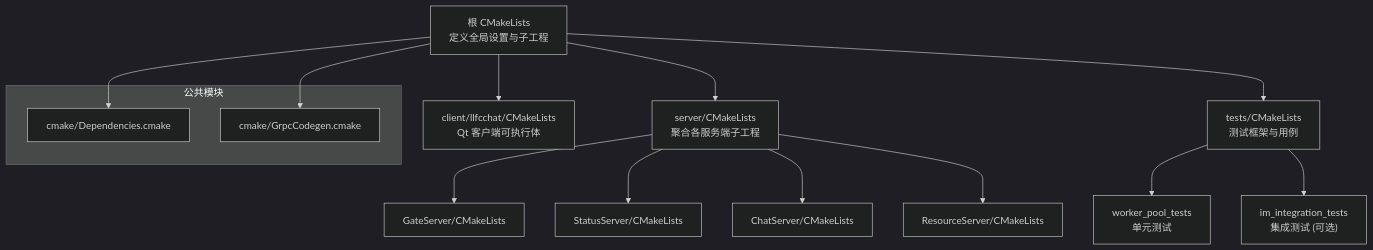
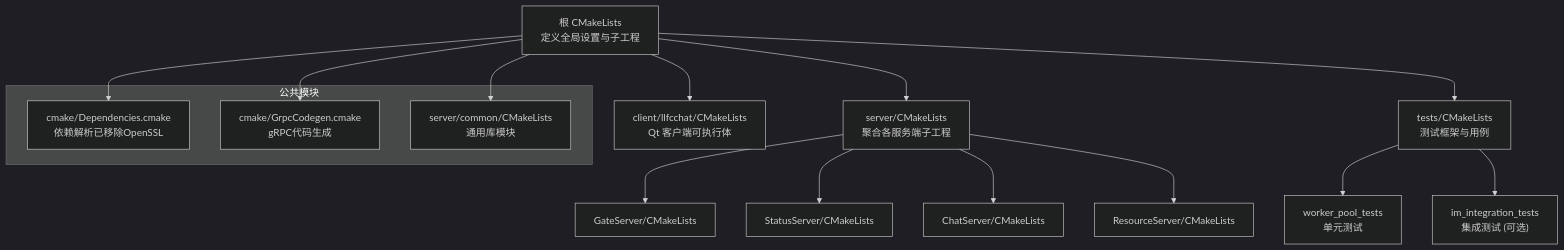
The first of 5 diagrams in .qoder/repowiki/zh/content/部署运维/服务部署/构建系统.md (echo9923/mychatter), drawn with Mermaid (dark theme) before and after one commit. The commit also changed other lines of this file and 58 other files, not shown here.

````diff
--- a/.qoder/repowiki/zh/content/部署运维/服务部署/构建系统.md
+++ b/.qoder/repowiki/zh/content/部署运维/服务部署/构建系统.md
@@ -54,18 +56,20 @@
 ```mermaid
 graph TB
 Root["根 CMakeLists<br/>定义全局设置与子工程"] --> ServerRoot["server/CMakeLists<br/>聚合各服务端子工程"]
 Root --> ClientRoot["client/llfcchat/CMakeLists<br/>Qt 客户端可执行体"]
 Root --> TestsRoot["tests/CMakeLists<br/>测试框架与用例"]
 ServerRoot --> Gate["GateServer/CMakeLists"]
 ServerRoot --> Status["StatusServer/CMakeLists"]
 ServerRoot --> Chat["ChatServer/CMakeLists"]
 ServerRoot --> Resource["ResourceServer/CMakeLists"]
 TestsRoot --> UnitTests["worker_pool_tests<br/>单元测试"]
 TestsRoot --> IntTests["im_integration_tests<br/>集成测试 (可选)"]
 subgraph "公共模块"
-Deps["cmake/Dependencies.cmake"]
-Grpc["cmake/GrpcCodegen.cmake"]
+Deps["cmake/Dependencies.cmake<br/>依赖解析已移除OpenSSL"]
+Grpc["cmake/GrpcCodegen.cmake<br/>gRPC代码生成"]
+Common["server/common/CMakeLists<br/>通用库模块"]
 end
 Root --> Deps
 Root --> Grpc
+Root --> Common
 ```
````
